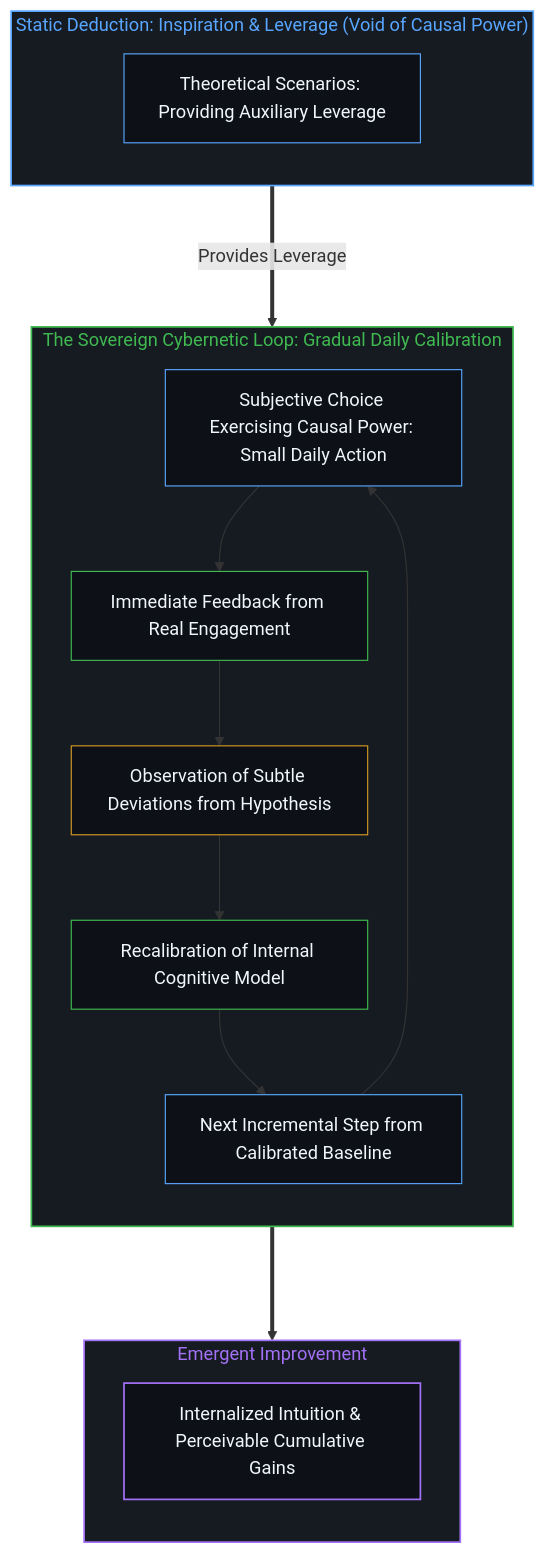
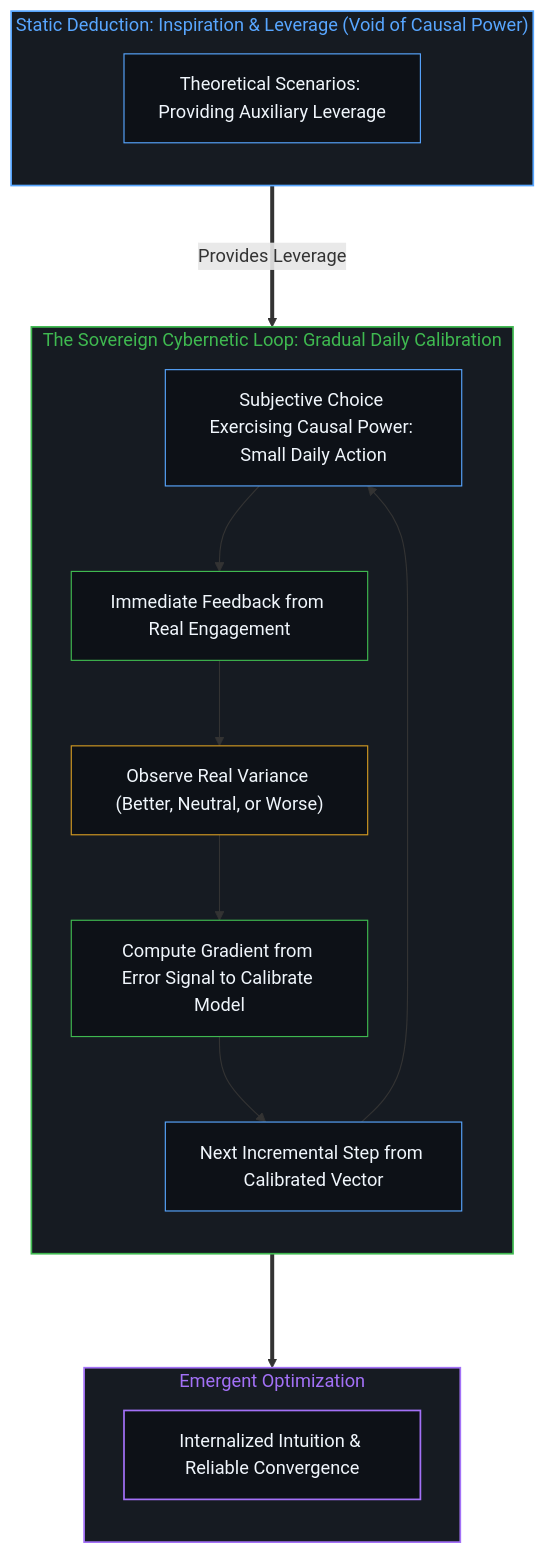
One commit to powerpig99/not-a-toe changed the eighth of 10 diagrams in content/posts/choice-itself-has-no-inherent-weight.md. Above: the diagram before and after it, drawn with Mermaid. The commit also changed other lines of this file and 4 other files, not shown here.

````diff
--- a/content/posts/choice-itself-has-no-inherent-weight.md
+++ b/content/posts/choice-itself-has-no-inherent-weight.md
@@ -277,35 +285,35 @@
 ```mermaid
 graph TD
     subgraph S_Input_EN ["Static Deduction: Inspiration & Leverage (Void of Causal Power)"]
         direction TB
         IE_Model["Theoretical Scenarios: Providing Auxiliary Leverage"]
     end
 
     subgraph S_Loop_EN ["The Sovereign Cybernetic Loop: Gradual Daily Calibration"]
         direction TB
         LE_Try["Subjective Choice Exercising Causal Power: Small Daily Action"] --> LE_Feedback["Immediate Feedback from Real Engagement"]
-        LE_Feedback --> LE_Observe["Observation of Subtle Deviations from Hypothesis"]
-        LE_Observe --> LE_Adjust["Recalibration of Internal Cognitive Model"]
-        LE_Adjust --> LE_Next["Next Incremental Step from Calibrated Baseline"]
+        LE_Feedback --> LE_Observe["Observe Real Variance (Better, Neutral, or Worse)"]
+        LE_Observe --> LE_Adjust["Compute Gradient from Error Signal to Calibrate Model"]
+        LE_Adjust --> LE_Next["Next Incremental Step from Calibrated Vector"]
         LE_Next --> LE_Try
     end
 
-    subgraph S_Output_EN ["Emergent Improvement"]
+    subgraph S_Output_EN ["Emergent Optimization"]
         direction TB
-        OE_Bone["Internalized Intuition & Perceivable Cumulative Gains"]
+        OE_Bone["Internalized Intuition & Reliable Convergence"]
     end
 
     IE_Model ===>|Provides Leverage| LE_Try
     LE_Adjust ===> OE_Bone
 
     style S_Input_EN fill:#161b22,stroke:#58a6ff,stroke-width:1.5px,color:#58a6ff
     style S_Loop_EN fill:#161b22,stroke:#3fb950,stroke-width:1.5px,color:#3fb950
     style S_Output_EN fill:#161b22,stroke:#a371f7,stroke-width:1.5px,color:#a371f7
     style IE_Model fill:#0d1117,stroke:#58a6ff,stroke-width:1px,color:#f0f6fc
     style LE_Try fill:#0d1117,stroke:#58a6ff,stroke-width:1px,color:#f0f6fc
     style LE_Feedback fill:#0d1117,stroke:#3fb950,stroke-width:1px,color:#f0f6fc
     style LE_Observe fill:#0d1117,stroke:#d29922,stroke-width:1px,color:#f0f6fc
     style LE_Adjust fill:#0d1117,stroke:#3fb950,stroke-width:1px,color:#f0f6fc
     style LE_Next fill:#0d1117,stroke:#58a6ff,stroke-width:1px,color:#f0f6fc
     style OE_Bone fill:#0d1117,stroke:#a371f7,stroke-width:1.5px,color:#f0f6fc
 ```
````
